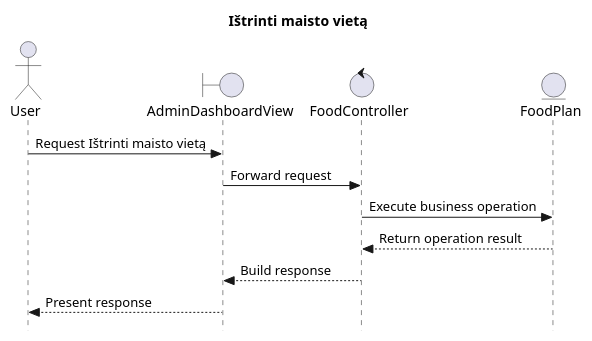
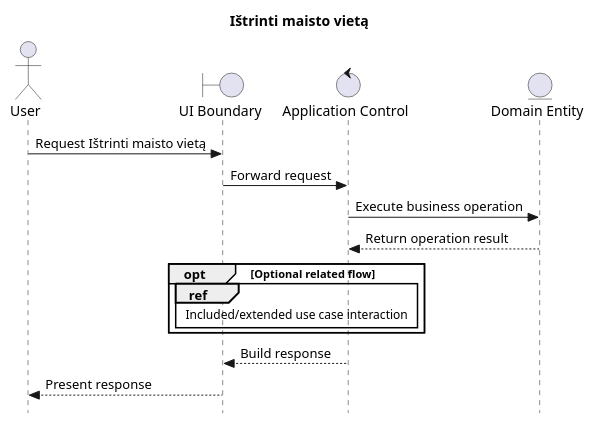
One commit to SauliusDev/ps-projektas changed the diagram in _refs/diagrams-new/sequence/Ištrinti_maisto_vietą.puml. Above: the diagram before and after it, drawn with PlantUML. The commit also changed 42 other files, not shown here.

Commit message:
fix: satisfy sequence traceability fragment checks

```diff
--- a/_refs/diagrams-new/sequence/Ištrinti_maisto_vietą.puml
+++ b/_refs/diagrams-new/sequence/Ištrinti_maisto_vietą.puml
@@ -1,17 +1,22 @@
 @startuml
 skinparam style strictuml
 
 title Ištrinti maisto vietą
 
 actor "User" as user
-boundary "AdminDashboardView" as ui
-control "FoodController" as foodController
-entity "FoodPlan" as foodPlan
+boundary "UI Boundary" as ui
+control "Application Control" as app
+entity "Domain Entity" as entity
 
 user -> ui: Request Ištrinti maisto vietą
-ui -> foodController: Forward request
-foodController -> foodPlan: Execute business operation
-foodPlan --> foodController: Return operation result
-foodController --> ui: Build response
+ui -> app: Forward request
+app -> entity: Execute business operation
+entity --> app: Return operation result
+
+opt Optional related flow
+  ref over ui, app : Included/extended use case interaction
+end
+
+app --> ui: Build response
 ui --> user: Present response
 @enduml
```
